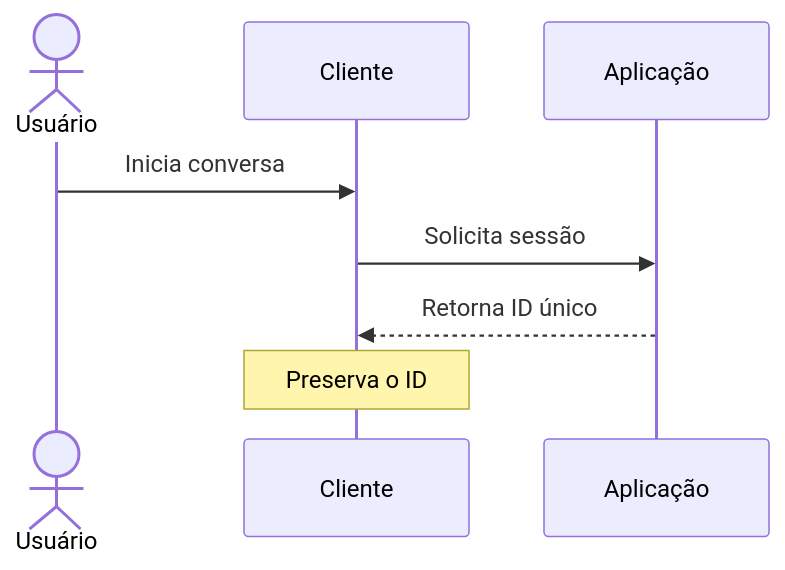
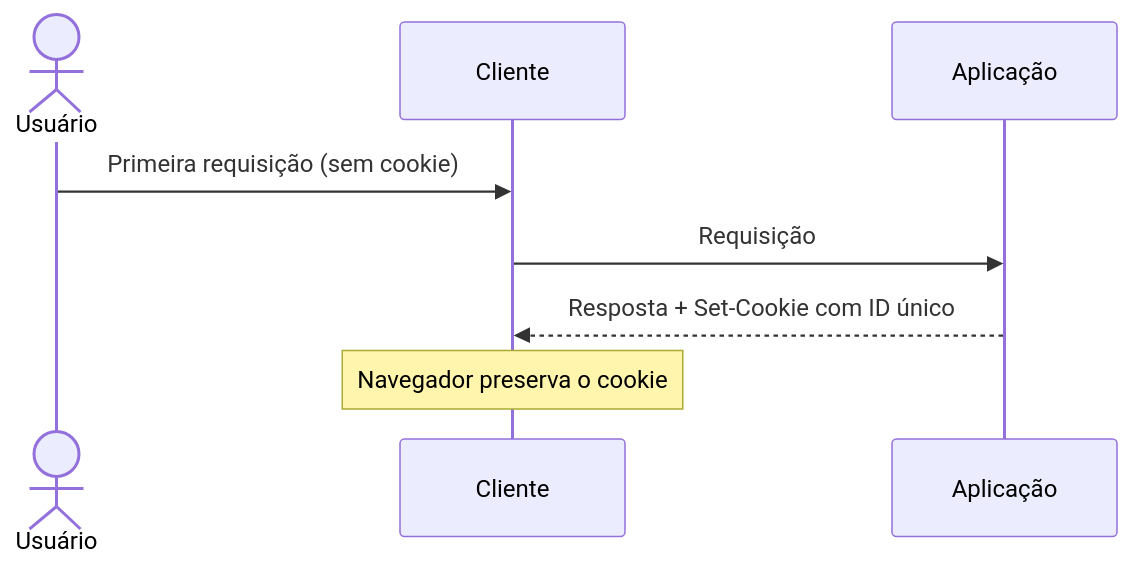
The third of 8 diagrams in elicitação dos requisitos.md (cocaioo/CHATBOT-TCA), drawn with Mermaid before and after one commit. The commit also changed other lines of this file, not shown here.

First line of the commit message:
docs: registra decisões de sessão, concorrência, retenção e stack

````diff
--- a/elicitação dos requisitos.md
+++ b/elicitação dos requisitos.md
@@ -64,10 +88,10 @@
 ```mermaid
 sequenceDiagram
     actor U as Usuário
     participant C as Cliente
     participant A as Aplicação
-    U->>C: Inicia conversa
-    C->>A: Solicita sessão
-    A-->>C: Retorna ID único
-    Note over C: Preserva o ID
+    U->>C: Primeira requisição (sem cookie)
+    C->>A: Requisição
+    A-->>C: Resposta + Set-Cookie com ID único
+    Note over C: Navegador preserva o cookie
 ```
````
